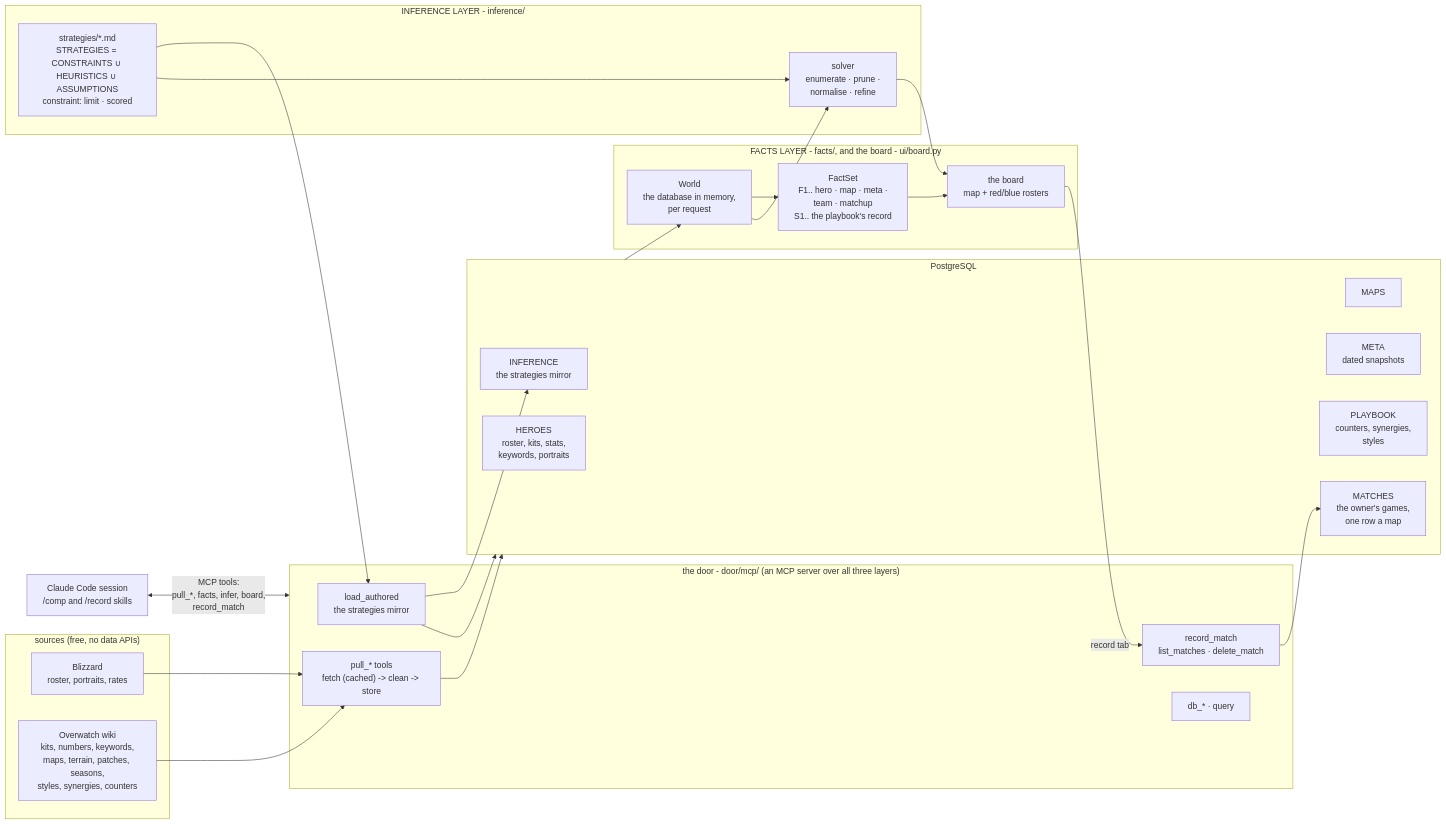
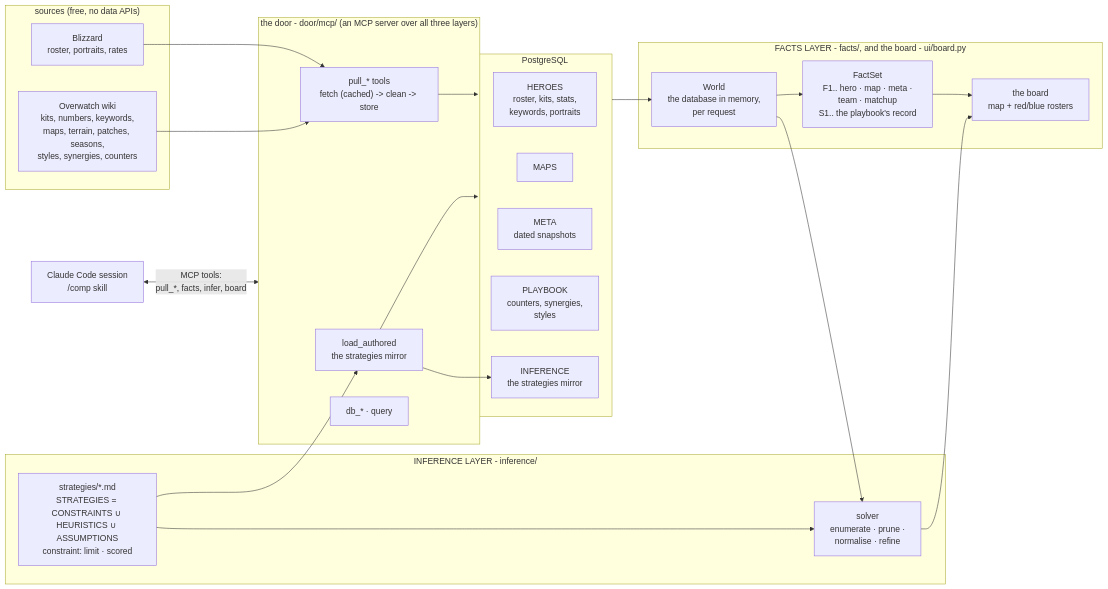
One commit to mmikol/countrix changed the first of 2 diagrams in docs/architecture.md. Above: the diagram before and after it, drawn with Mermaid. The commit also changed other lines of this file and 63 other files, not shown here.

First line of the commit message:
The owner's matches are not recorded, and the playbook is not judged against them

````diff
--- a/docs/architecture.md
+++ b/docs/architecture.md
@@ -59,46 +55,42 @@
 ```mermaid
 flowchart LR
     subgraph SOURCES["sources (free, no data APIs)"]
         BLZ["Blizzard<br/>roster, portraits, rates"]
         WIKI["Overwatch wiki<br/>kits, numbers, keywords,<br/>maps, terrain, patches, seasons,<br/>styles, synergies, counters"]
     end
 
     subgraph DATA["the door - door/mcp/ (an MCP server over all three layers)"]
         PULL["pull_* tools<br/>fetch (cached) -> clean -> store"]
         PLAY["load_authored<br/>the strategies mirror"]
-        REC["record_match<br/>list_matches · delete_match"]
         DBT["db_* · query"]
     end
 
     subgraph PG["PostgreSQL"]
         HEROES["HEROES<br/>roster, kits, stats,<br/>keywords, portraits"]
         MAPS["MAPS"]
         META["META<br/>dated snapshots"]
         PLAYBOOK["PLAYBOOK<br/>counters, synergies,<br/>styles"]
         INF["INFERENCE<br/>the strategies mirror"]
-        MATCHES["MATCHES<br/>the owner's games,<br/>one row a map"]
     end
 
     subgraph USER["FACTS LAYER - facts/, and the board - ui/board.py"]
         WORLD["World<br/>the database in memory,<br/>per request"]
         FACTS["FactSet<br/>F1.. hero · map · meta ·<br/>team · matchup<br/>S1.. the playbook's record"]
         BOARD["the board<br/>map + red/blue rosters"]
     end
 
     subgraph INFER["INFERENCE LAYER - inference/"]
         HEUR["strategies/*.md<br/>STRATEGIES = CONSTRAINTS ∪ HEURISTICS ∪ ASSUMPTIONS<br/>constraint: limit · scored"]
         SOLVER["solver<br/>enumerate · prune ·<br/>normalise · refine"]
     end
 
     BLZ & WIKI --> PULL
     HEUR --> PLAY
     PLAY --> INF
     PULL & PLAY --> PG
-    REC --> MATCHES
-    BOARD -->|"record tab"| REC
     PG --> WORLD --> FACTS --> BOARD
     WORLD --> SOLVER
     HEUR --> SOLVER
     SOLVER --> BOARD
-    CHAT["Claude Code session<br/>/comp and /record skills"] <-->|"MCP tools:<br/>pull_*, facts, infer, board,<br/>record_match"| DATA
+    CHAT["Claude Code session<br/>/comp skill"] <-->|"MCP tools:<br/>pull_*, facts, infer, board"| DATA
 ```
````
